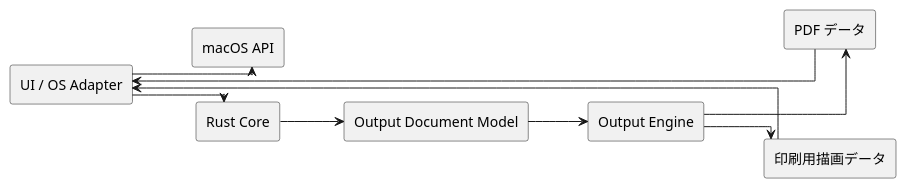
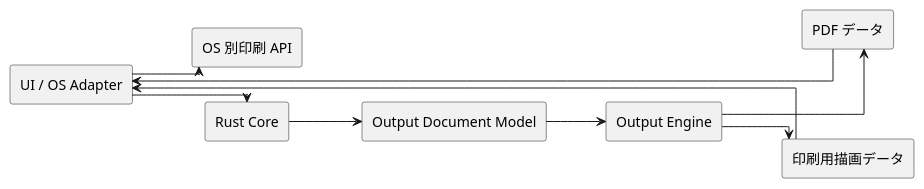
The second of 3 diagrams in docs/design/output/overview.md (t-shin-komae/kawacad), drawn with PlantUML before and after one commit. The commit also changed other lines of this file and 5 other files, not shown here.

````diff
--- a/docs/design/output/overview.md
+++ b/docs/design/output/overview.md
@@ -63,24 +63,24 @@
 ```plantuml
 @startuml
 left to right direction
 
 skinparam shadowing false
 skinparam packageStyle rectangle
 skinparam linetype ortho
   rectangle "UI / OS Adapter" as UI
   rectangle "Rust Core" as Core
 UI --> Core
   rectangle "Output Document Model" as Model
 Core --> Model
   rectangle "Output Engine" as Engine
 Model --> Engine
   rectangle "PDF データ" as PDF
 Engine --> PDF
   rectangle "印刷用描画データ" as Print
 Engine --> Print
 PDF --> UI
 Print --> UI
-  rectangle "macOS API" as OS
+  rectangle "OS 別印刷 API" as OS
 UI --> OS
 @enduml
 ```
````
